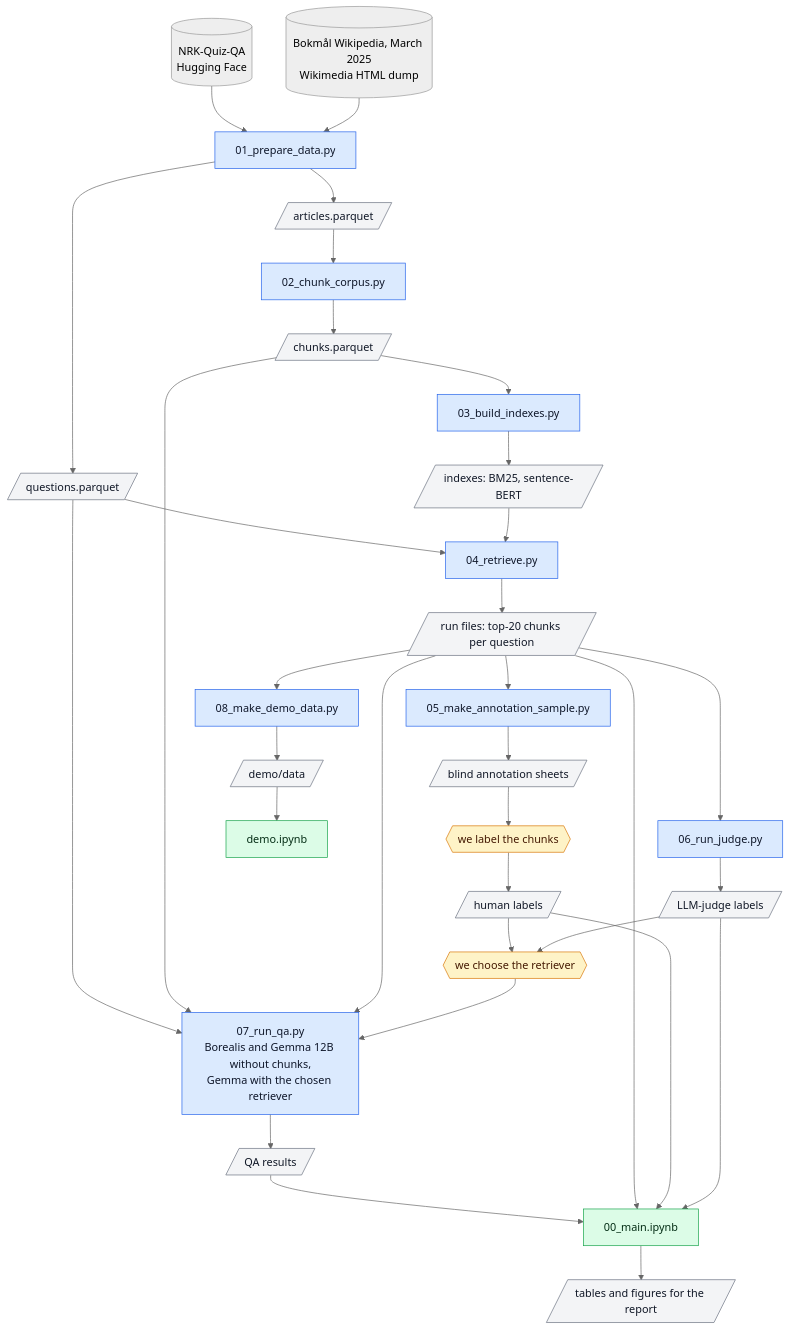
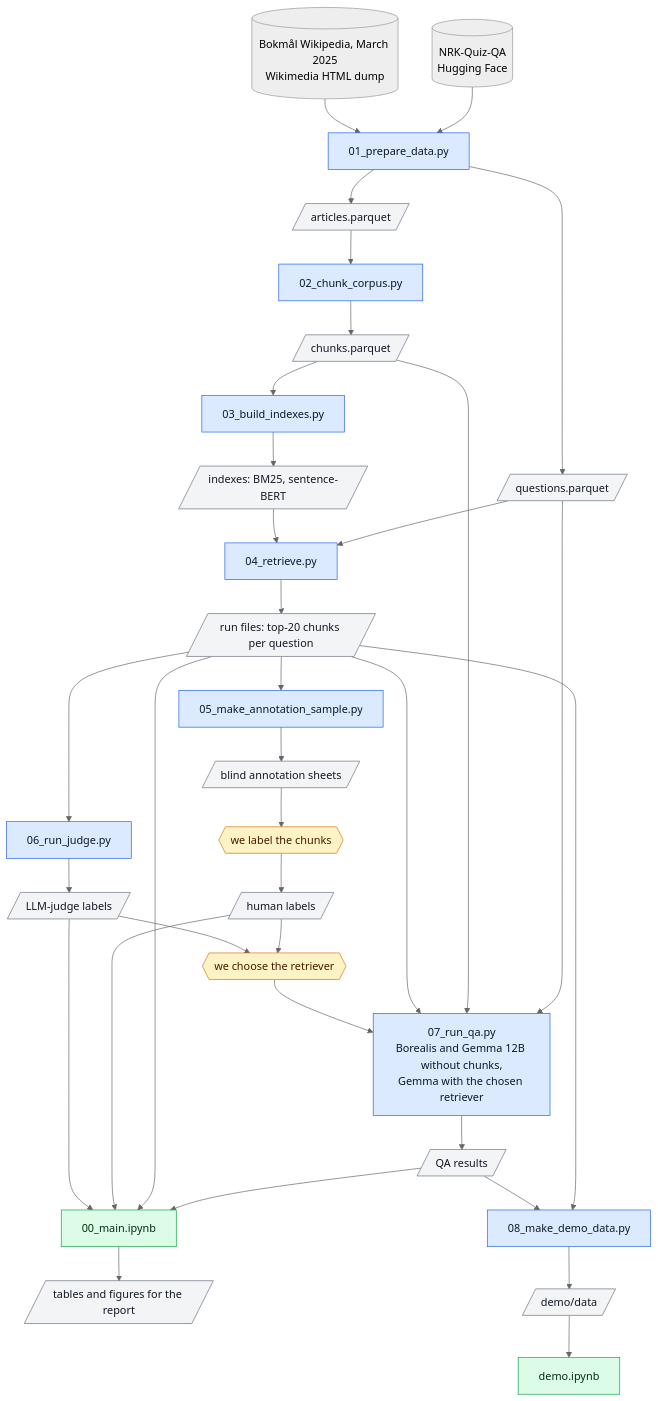
The diagram in README.md (Morttra/BBAN4040-spraakteknologi), drawn with Mermaid (neutral theme) before and after one commit. The commit also changed other lines of this file and 12 other files, not shown here.

````diff
--- a/README.md
+++ b/README.md
@@ -44,44 +43,45 @@
 ```mermaid
 flowchart TD
     NRK[("NRK-Quiz-QA<br/>Hugging Face")]
     WIKI[("Bokmål Wikipedia, March 2025<br/>Wikimedia HTML dump")]
 
     NRK --> S01
     WIKI --> S01
     S01["01_prepare_data.py"] --> Q[/"questions.parquet"/]
     S01 --> A[/"articles.parquet"/]
     A --> S02["02_chunk_corpus.py"] --> C[/"chunks.parquet"/]
     C --> S03["03_build_indexes.py"] --> I[/"indexes: BM25, sentence-BERT"/]
     Q --> S04["04_retrieve.py"]
     I --> S04
     S04 --> R[/"run files: top-20 chunks per question"/]
 
     R --> S05["05_make_annotation_sample.py"] --> SH[/"blind annotation sheets"/]
     SH --> H{{"we label the chunks"}} --> L[/"human labels"/]
     R --> S06["06_run_judge.py"] --> J[/"LLM-judge labels"/]
     L --> CH{{"we choose the retriever"}}
     J --> CH
 
     Q --> S07["07_run_qa.py<br/>Borealis and Gemma 12B without chunks,<br/>Gemma with the chosen retriever"]
     C --> S07
     R --> S07
     CH --> S07
     S07 --> QA[/"QA results"/]
 
     QA --> M["00_main.ipynb"]
     R --> M
     L --> M
     J --> M
     M --> OUT[/"tables and figures for the report"/]
 
     R --> S08["08_make_demo_data.py"] --> D[/"demo/data"/] --> DEMO["demo.ipynb"]
+    QA --> S08
 
     classDef script fill:#dbeafe,stroke:#2563eb,color:#0f172a
     classDef file fill:#f3f4f6,stroke:#6b7280,color:#111827
     classDef notebook fill:#dcfce7,stroke:#16a34a,color:#052e16
     classDef manual fill:#fef3c7,stroke:#d97706,color:#451a03
     class S01,S02,S03,S04,S05,S06,S07,S08 script
     class Q,A,C,I,R,QA,SH,L,J,OUT,D file
     class M,DEMO notebook
     class H,CH manual
 ```
````
